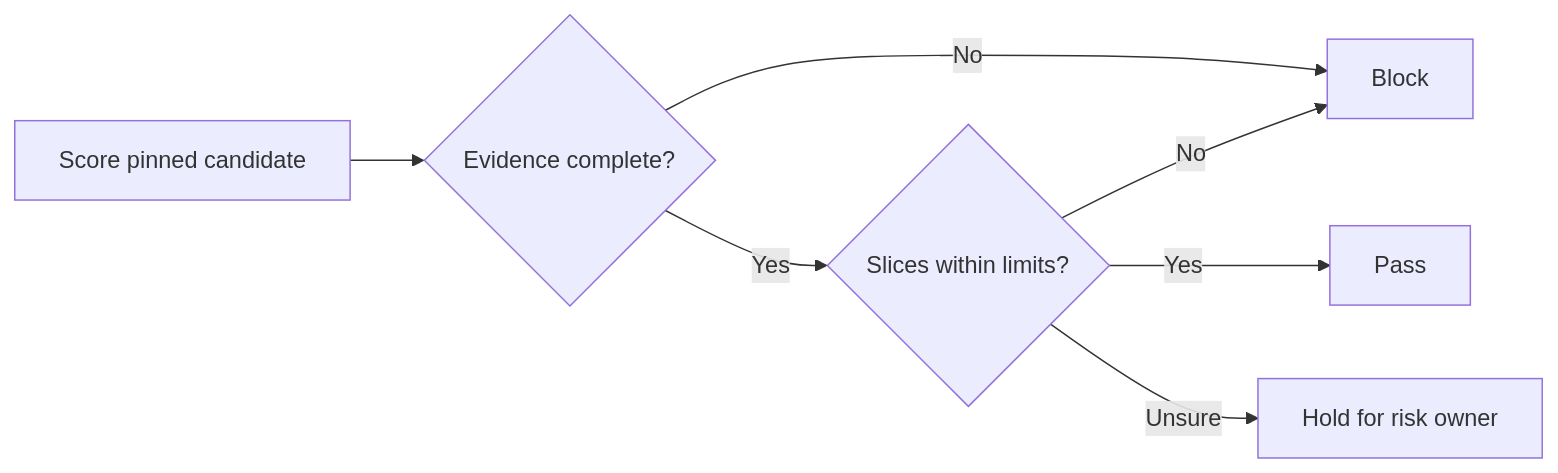
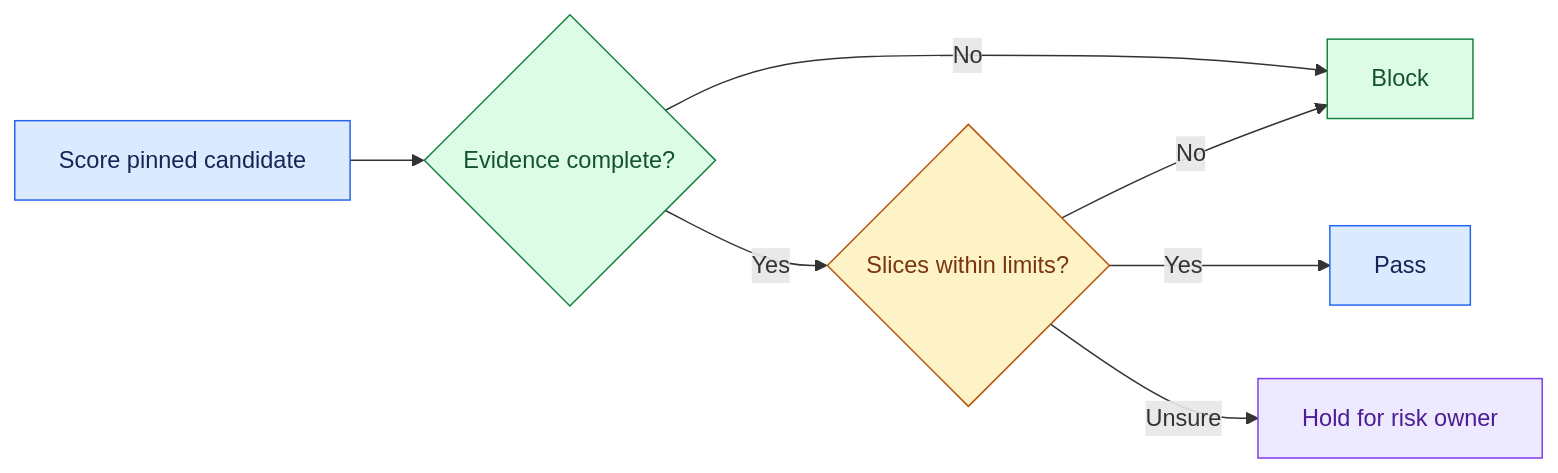
The diagram in site/content/modules/15-fde-case-studies/delivery-evaluation-operations/evaluation-and-release-gating/intro.md (Sourav692/Forward-Deployed-Engineer-Interview-Prep), drawn with Mermaid before and after one commit. The commit also changed other lines of this file and 1268 other files, not shown here.

First line of the commit message:
content: polish Casebook writing and Mermaid diagrams (#251)

````diff
--- a/site/content/modules/15-fde-case-studies/delivery-evaluation-operations/evaluation-and-release-gating/intro.md
+++ b/site/content/modules/15-fde-case-studies/delivery-evaluation-operations/evaluation-and-release-gating/intro.md
@@ -15,9 +17,19 @@
 ```mermaid
 flowchart LR
   A[Score pinned candidate] --> B{Evidence complete?}
   B -->|No| C[Block]
   B -->|Yes| D{Slices within limits?}
   D -->|Yes| E[Pass]
   D -->|No| C
   D -->|Unsure| F[Hold for risk owner]
+
+    %% Casebook colours: entry, reasoning, results, controls, and stopped paths.
+    classDef cbInput fill:#dbeafe,stroke:#2563eb,color:#172554
+    class A,E cbInput
+    classDef cbAction fill:#dcfce7,stroke:#15803d,color:#14532d
+    class B,C cbAction
+    classDef cbPolicy fill:#fef3c7,stroke:#b45309,color:#78350f
+    class D cbPolicy
+    classDef cbReason fill:#ede9fe,stroke:#7c3aed,color:#4c1d95
+    class F cbReason
 ```
````
